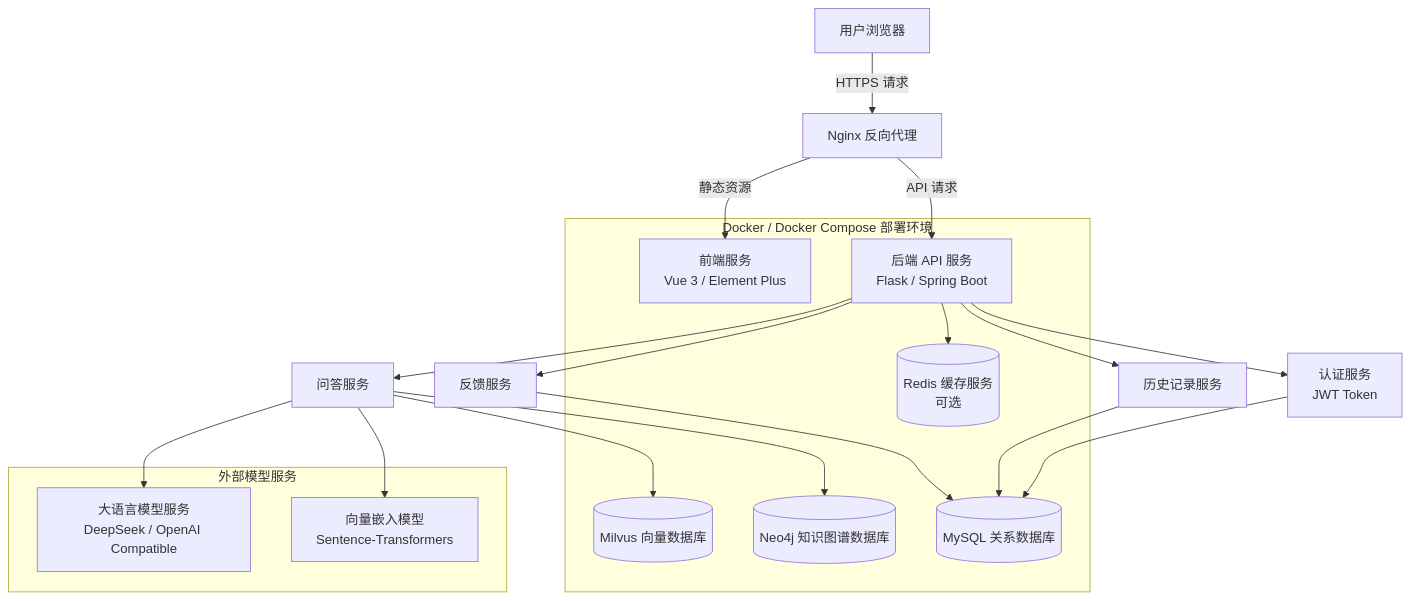
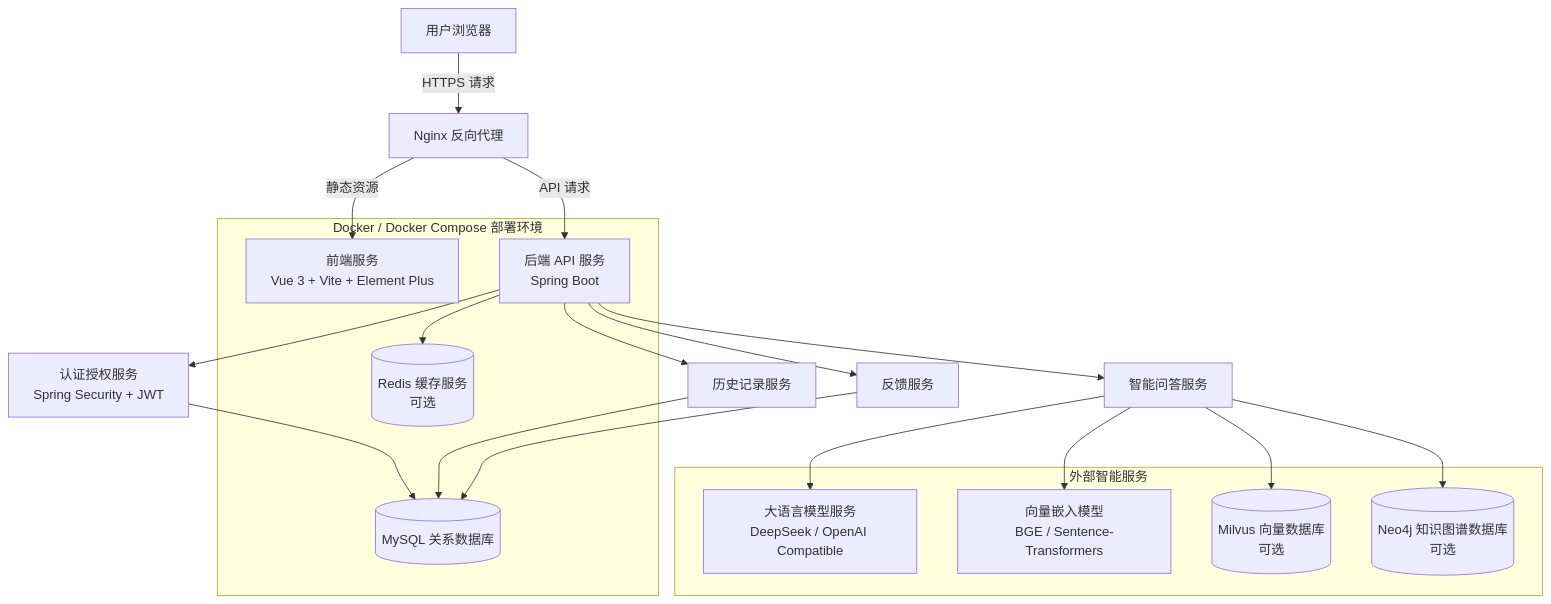
The fourth of 4 diagrams in documents/设计文档.md (BUCT-CS2301/QAsystem), drawn with Mermaid before and after one commit. The commit also changed other lines of this file, not shown here.

````diff
--- a/documents/设计文档.md
+++ b/documents/设计文档.md
@@ -875,38 +1011,37 @@
 ```mermaid
 flowchart TB
     User[用户浏览器] -->|HTTPS 请求| Nginx[Nginx 反向代理]
 
-    Nginx -->|静态资源| Frontend[前端服务<br/>Vue 3 / Element Plus]
-    Nginx -->|API 请求| Backend[后端 API 服务<br/>Flask / Spring Boot]
+    Nginx -->|静态资源| Frontend[前端服务<br/>Vue 3 + Vite + Element Plus]
+    Nginx -->|API 请求| Backend[后端 API 服务<br/>Spring Boot]
 
-    Backend --> Auth[认证服务<br/>JWT Token]
-    Backend --> QA[问答服务]
+    Backend --> Auth[认证授权服务<br/>Spring Security + JWT]
+    Backend --> QA[智能问答服务]
     Backend --> History[历史记录服务]
     Backend --> Feedback[反馈服务]
 
     QA --> LLM[大语言模型服务<br/>DeepSeek / OpenAI Compatible]
-    QA --> Embedding[向量嵌入模型<br/>Sentence-Transformers]
+    QA --> Embedding[向量嵌入模型<br/>BGE / Sentence-Transformers]
 
-    QA --> Milvus[(Milvus 向量数据库)]
-    QA --> Neo4j[(Neo4j 知识图谱数据库)]
+    QA --> Milvus[(Milvus 向量数据库<br/>可选)]
+    QA --> Neo4j[(Neo4j 知识图谱数据库<br/>可选)]
 
     Auth --> MySQL[(MySQL 关系数据库)]
     History --> MySQL
     Feedback --> MySQL
-
     Backend --> Redis[(Redis 缓存服务<br/>可选)]
 
     subgraph DockerEnv[Docker / Docker Compose 部署环境]
         Frontend
         Backend
         MySQL
-        Neo4j
-        Milvus
         Redis
     end
 
-    subgraph ExternalService[外部模型服务]
+    subgraph ExternalService[外部智能服务]
         LLM
         Embedding
+        Milvus
+        Neo4j
     end
 ```
````
